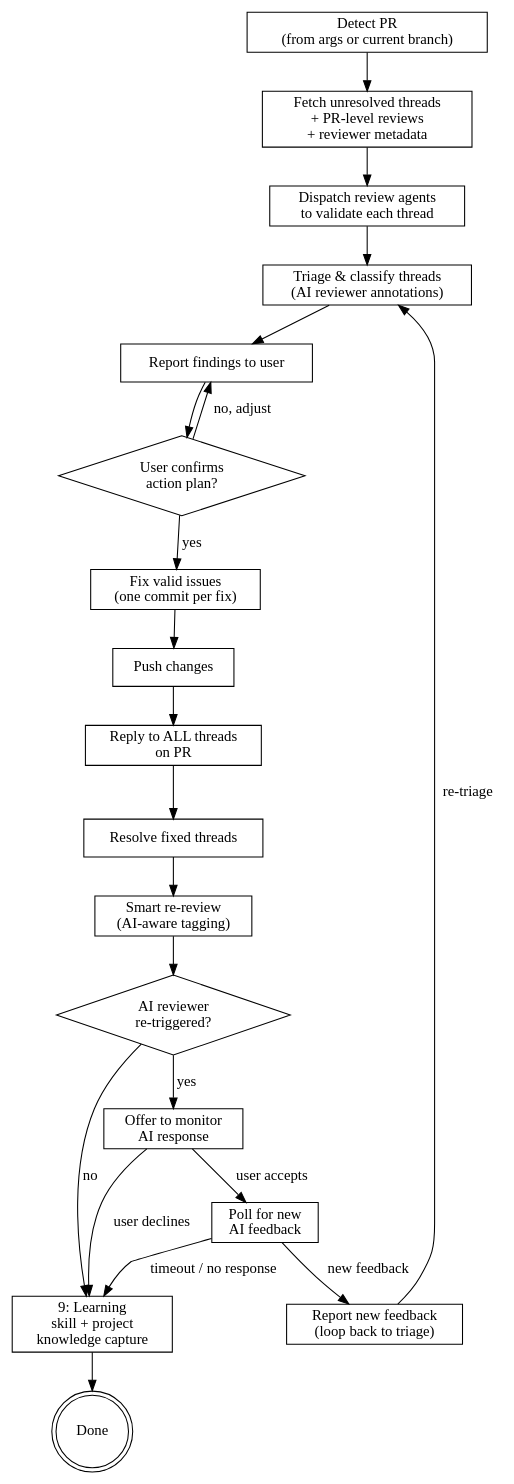
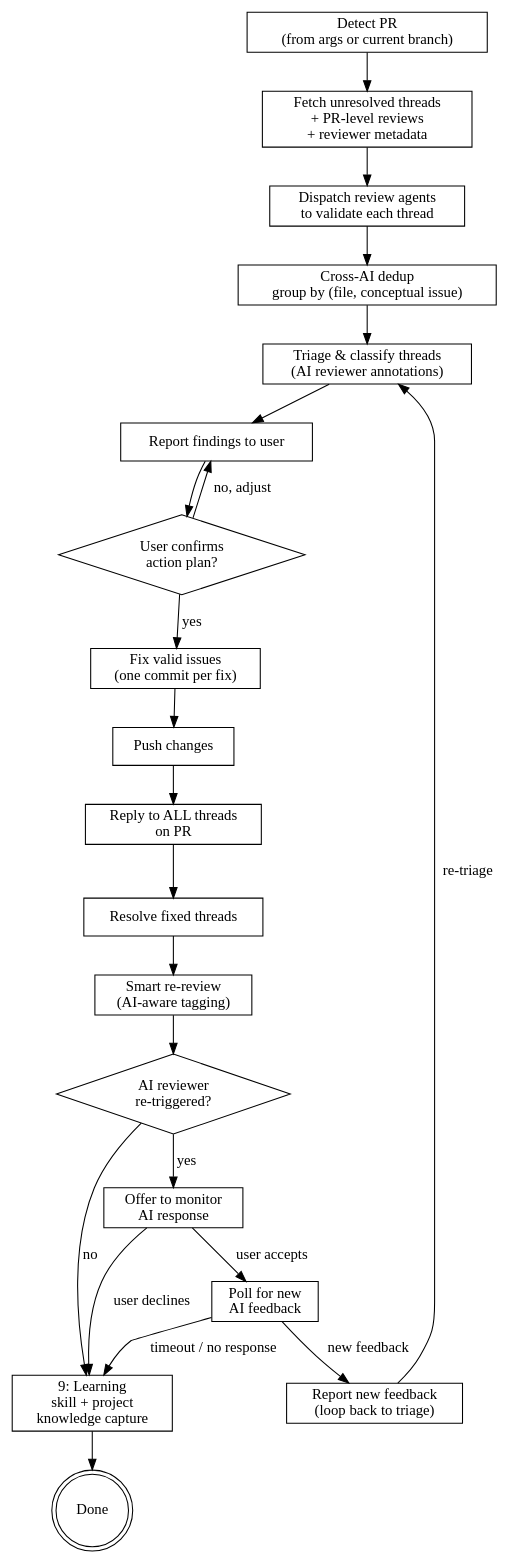
The diagram in kc-pr-flow/skills/kc-pr-review-resolve/SKILL.md (iamcxa/kc-claude-plugins), drawn with Graphviz before and after one commit. The commit also changed other lines of this file and 2 other files, not shown here.

````diff
--- a/kc-pr-flow/skills/kc-pr-review-resolve/SKILL.md
+++ b/kc-pr-flow/skills/kc-pr-review-resolve/SKILL.md
@@ -12,51 +12,52 @@
 ```dot
 digraph resolve_pr {
   rankdir=TB;
   node [shape=box];
 
   detect [label="Detect PR\n(from args or current branch)"];
   fetch [label="Fetch unresolved threads\n+ PR-level reviews\n+ reviewer metadata"];
   validate [label="Dispatch review agents\nto validate each thread"];
+  dedup [label="Cross-AI dedup\ngroup by (file, conceptual issue)"];
   triage [label="Triage & classify threads\n(AI reviewer annotations)"];
   report [label="Report findings to user"];
 
   node [shape=diamond];
   confirm [label="User confirms\naction plan?"];
 
   node [shape=box];
   fix [label="Fix valid issues\n(one commit per fix)"];
   push [label="Push changes"];
   reply [label="Reply to ALL threads\non PR"];
   resolve_threads [label="Resolve fixed threads"];
   rereview [label="Smart re-review\n(AI-aware tagging)"];
 
-  detect -> fetch -> validate -> triage -> report -> confirm;
+  detect -> fetch -> validate -> dedup -> triage -> report -> confirm;
   confirm -> fix [label="yes"];
   confirm -> report [label="no, adjust"];
   fix -> push -> reply -> resolve_threads -> rereview;
 
   node [shape=diamond];
   has_ai [label="AI reviewer\nre-triggered?"];
 
   node [shape=box];
   offer_monitor [label="Offer to monitor\nAI response"];
   monitor [label="Poll for new\nAI feedback"];
   report_new [label="Report new feedback\n(loop back to triage)"];
 
   learning [label="9: Learning\nskill + project\nknowledge capture"];
 
   node [shape=doublecircle];
   end_node [label="Done"];
 
   rereview -> has_ai;
   has_ai -> offer_monitor [label="yes"];
   has_ai -> learning [label="no"];
 
   offer_monitor -> monitor [label="user accepts"];
   offer_monitor -> learning [label="user declines"];
   monitor -> report_new [label="new feedback"];
   monitor -> learning [label="timeout / no response"];
   report_new -> triage [label="re-triage"];
   learning -> end_node;
 }
 ```
````
